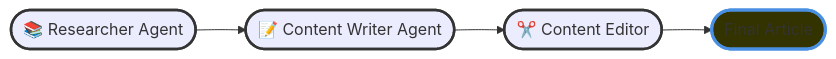
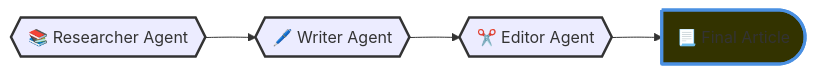
The diagram in 01. Article Writer/README.md (SOBANEJAZ/CrewAI-Projects-Collection), drawn with Mermaid before and after one commit. The commit also changed other lines of this file, not shown here.

Commit message:
Some Visual inhancements

````diff
--- a/01. Article Writer/README.md
+++ b/01. Article Writer/README.md
@@ -7,12 +7,13 @@
 ```mermaid
 flowchart LR
-    A([📚 Researcher Agent]) --> B([📝 Content Writer Agent])
-    B -->C([✂️ Content Editor])
-    C -->D([Final Article])
+    A{{📚 Researcher Agent}} --> B{{🖊️ Writer Agent}}
+    B -->C{{✂️ Editor Agent}}
+    C --> D@{ shape: delay, label: "📃 Final Article" }
     
     classDef default fill:##333300,stroke:#333,stroke-width:2.5px;
     classDef highlight fill:#333300,stroke:#4a90e2,stroke-width:3px;
-    
+    classDef large font-size:30px
+
     class A,B,C,D default;
     class D highlight;
 ```
````
